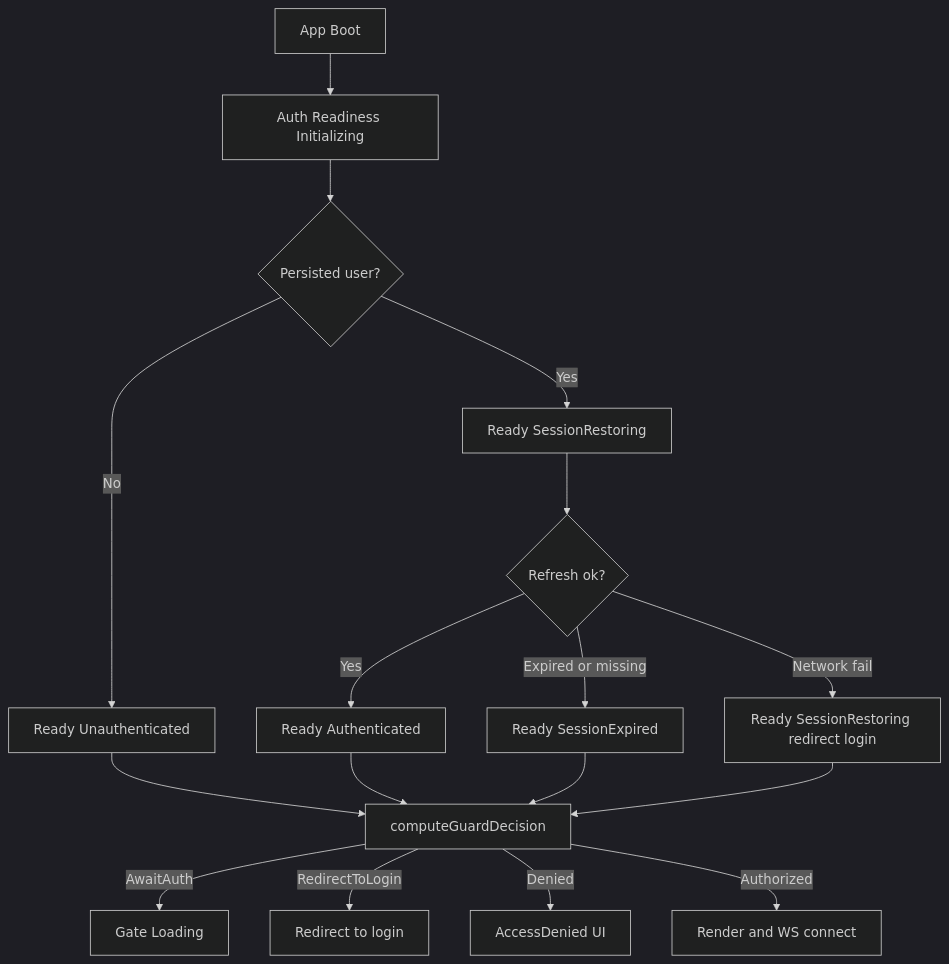
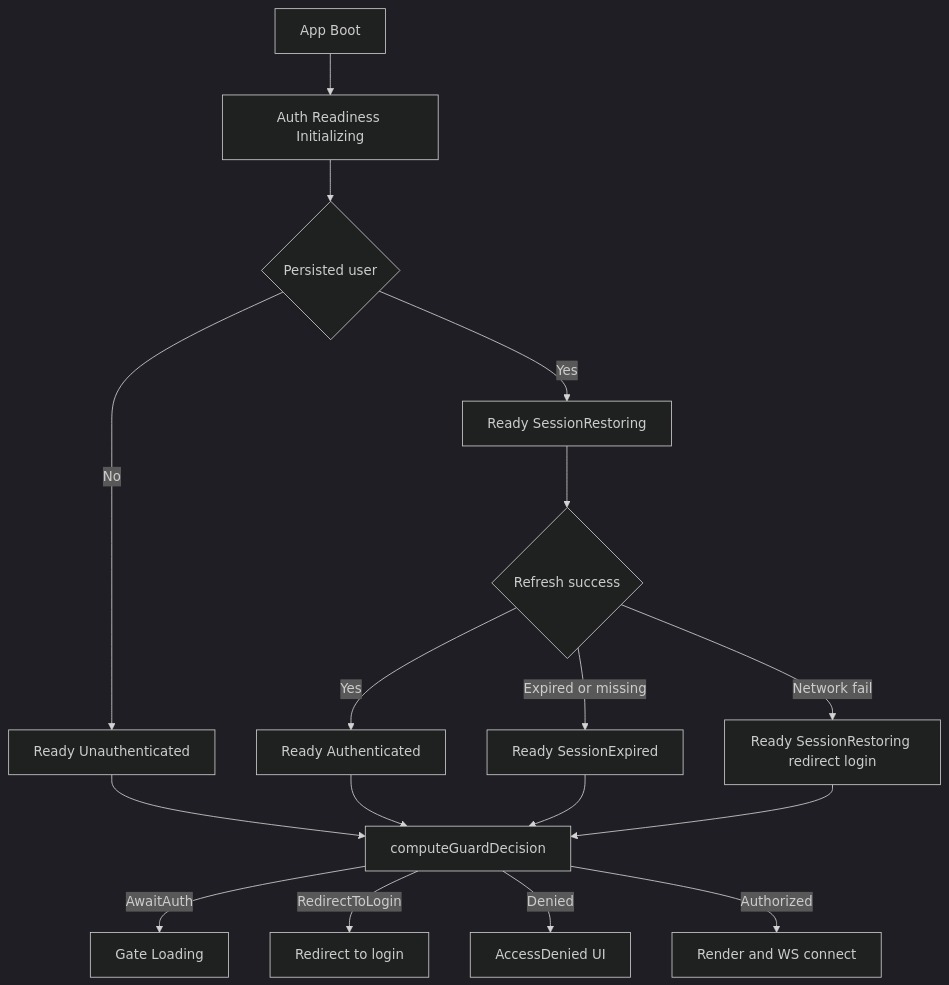
One commit to Tuee22/effectful changed the first of 2 diagrams in documents/engineering/total_pure_modelling.md. Above: the diagram before and after it, drawn with Mermaid (dark theme). The commit also changed other lines of this file and 56 other files, not shown here.

````diff
--- a/documents/engineering/total_pure_modelling.md
+++ b/documents/engineering/total_pure_modelling.md
@@ -51,19 +42,19 @@
 ```mermaid
 flowchart TB
     A[App Boot] --> B[Auth Readiness Initializing]
-    B --> C{Persisted user?}
+    B --> C{Persisted user}
     C -->|No| D[Ready Unauthenticated]
     C -->|Yes| E[Ready SessionRestoring]
-    E --> F{Refresh ok?}
+    E --> F{Refresh success}
     F -->|Yes| G[Ready Authenticated]
     F -->|Expired or missing| H[Ready SessionExpired]
     F -->|Network fail| I[Ready SessionRestoring redirect login]
     D --> J[computeGuardDecision]
     G --> J
     H --> J
     I --> J
     J -->|AwaitAuth| K[Gate Loading]
     J -->|RedirectToLogin| L[Redirect to login]
     J -->|Denied| M[AccessDenied UI]
     J -->|Authorized| N[Render and WS connect]
 ```
````
